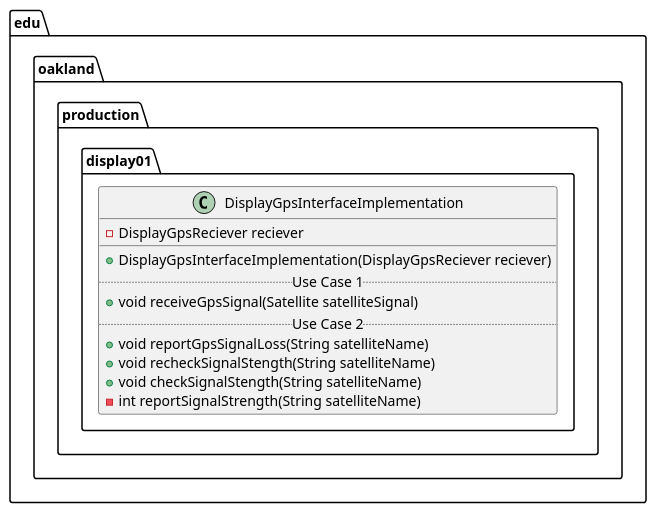
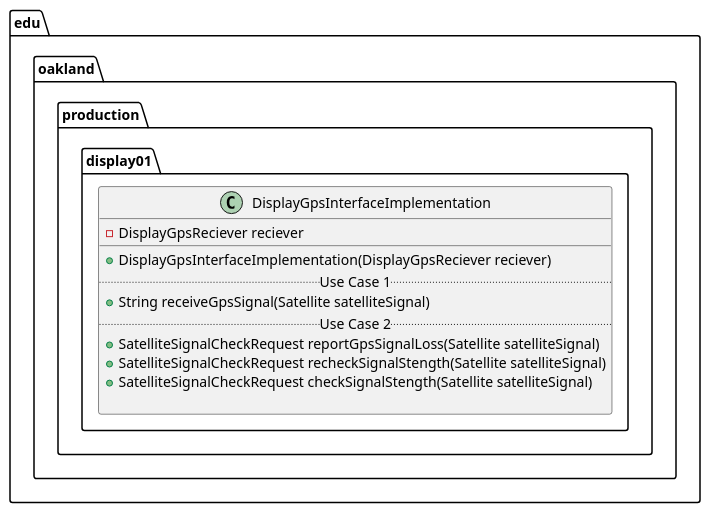
Before and after one commit to andrewdimmer/csi-3370-software-project: the diagram in docs/uml-class-diagrams/display01/production/DisplayGpsInterfaceImplementation/DisplayGpsInterfaceImplementation.puml, drawn with PlantUML. The commit also changed 31 other files, not shown here.

```diff
--- a/docs/uml-class-diagrams/display01/production/DisplayGpsInterfaceImplementation/DisplayGpsInterfaceImplementation.puml
+++ b/docs/uml-class-diagrams/display01/production/DisplayGpsInterfaceImplementation/DisplayGpsInterfaceImplementation.puml
@@ -1,19 +1,19 @@
 @startuml DisplayGpsInterfaceImplementation
 
 
 package edu.oakland.production.display01 {
     class DisplayGpsInterfaceImplementation {
         - DisplayGpsReciever reciever
         __
         + DisplayGpsInterfaceImplementation(DisplayGpsReciever reciever)
         .. Use Case 1 ..
-        + void receiveGpsSignal(Satellite satelliteSignal)
+        + String receiveGpsSignal(Satellite satelliteSignal)
         .. Use Case 2 ..
-        + void reportGpsSignalLoss(String satelliteName)
-        + void recheckSignalStength(String satelliteName)
-        + void checkSignalStength(String satelliteName)
-        - int reportSignalStrength(String satelliteName)
+        + SatelliteSignalCheckRequest reportGpsSignalLoss(Satellite satelliteSignal)
+        + SatelliteSignalCheckRequest recheckSignalStength(Satellite satelliteSignal)
+        + SatelliteSignalCheckRequest checkSignalStength(Satellite satelliteSignal)
+        
     }
 }
 
 @enduml
```
